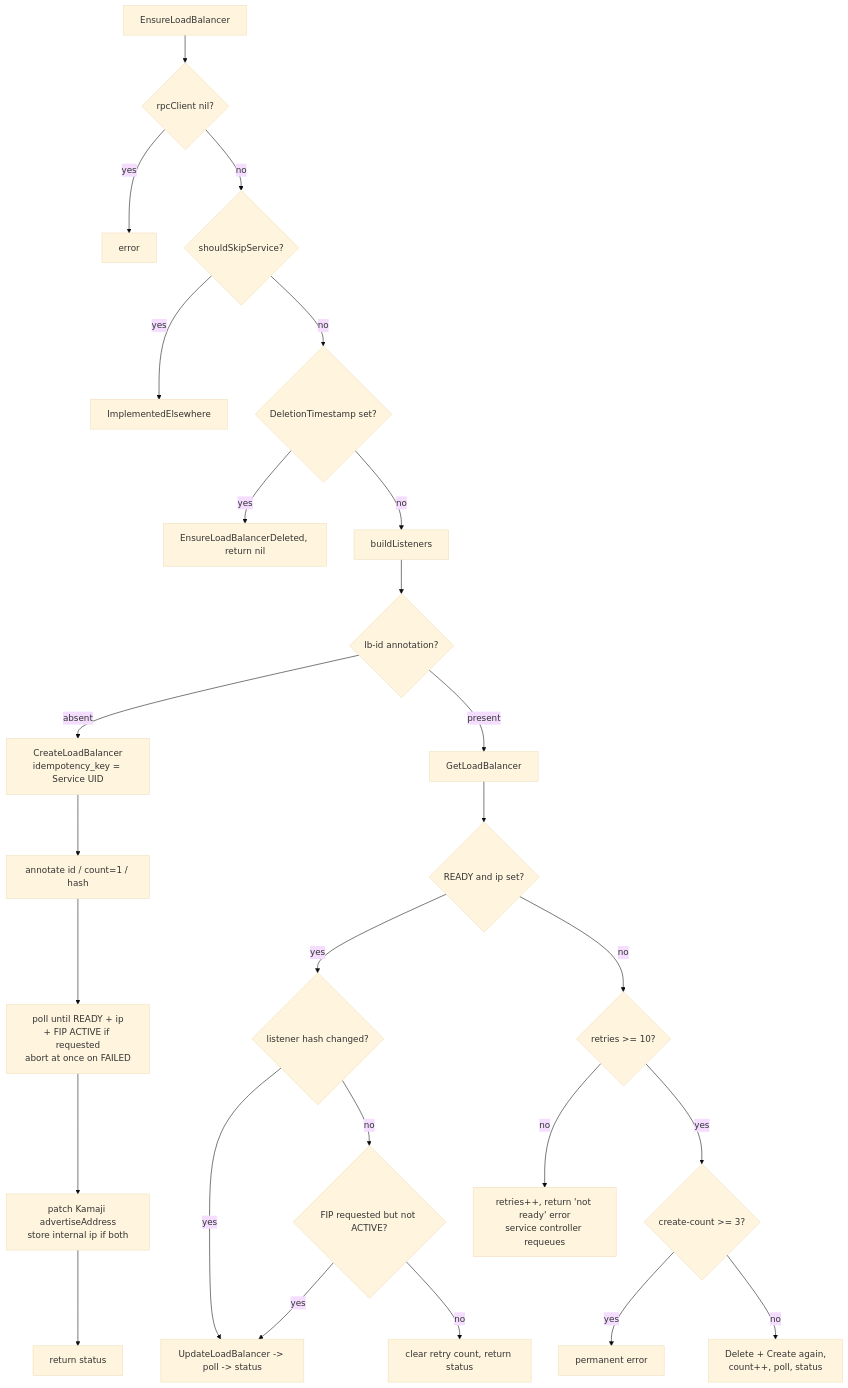
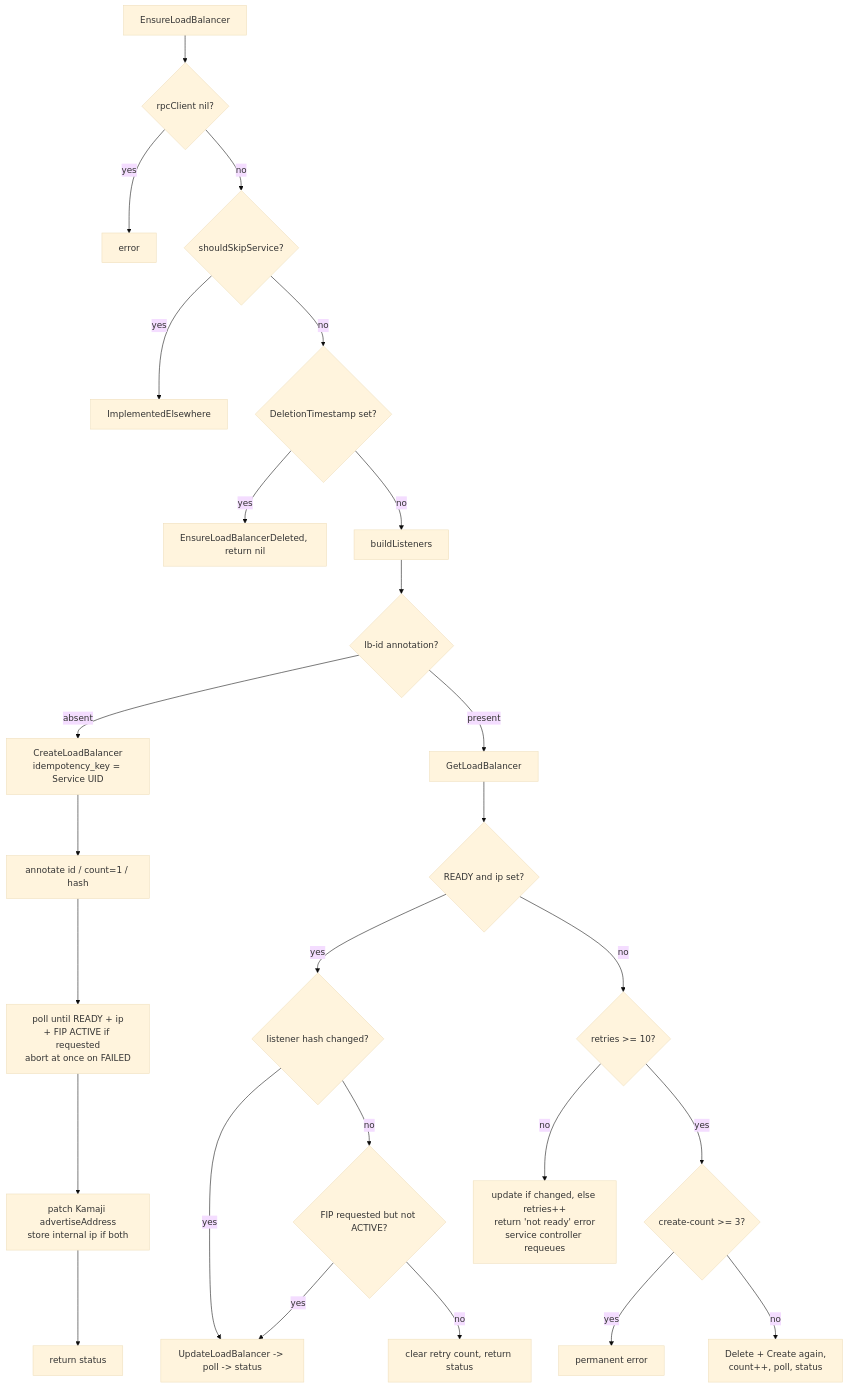
Before and after one commit to kube-virt/cloud-provider-kubevirt: the second of 2 diagrams in docs/architecture.md, drawn with Mermaid (base theme). The commit also changed other lines of this file and 11 other files, not shown here.

````diff
--- a/docs/architecture.md
+++ b/docs/architecture.md
@@ -204,28 +206,28 @@
 ```mermaid
 flowchart TD
   A[EnsureLoadBalancer] --> B{rpcClient nil?}
   B -->|yes| Berr[error]
   B -->|no| C{shouldSkipService?}
   C -->|yes| Cskip[ImplementedElsewhere]
   C -->|no| D{DeletionTimestamp set?}
   D -->|yes| Ddel[EnsureLoadBalancerDeleted, return nil]
   D -->|no| E[buildListeners]
   E --> F{lb-id annotation?}
   F -->|absent| G[CreateLoadBalancer<br/>idempotency_key = Service UID]
   G --> H[annotate id / count=1 / hash]
   H --> I[poll until READY + ip<br/>+ FIP ACTIVE if requested<br/>abort at once on FAILED]
   I --> J[patch Kamaji advertiseAddress<br/>store internal ip if both]
   J --> K[return status]
   F -->|present| L[GetLoadBalancer]
   L --> M{READY and ip set?}
   M -->|yes| N{listener hash changed?}
   N -->|yes| O[UpdateLoadBalancer -> poll -> status]
   N -->|no| P{FIP requested but not ACTIVE?}
   P -->|yes| O
   P -->|no| Q[clear retry count, return status]
   M -->|no| R{retries >= 10?}
-  R -->|no| S[retries++, return 'not ready' error<br/>service controller requeues]
+  R -->|no| S[update if changed, else retries++<br/>return 'not ready' error<br/>service controller requeues]
   R -->|yes| T{create-count >= 3?}
   T -->|yes| Terr[permanent error]
   T -->|no| U[Delete + Create again,<br/>count++, poll, status]
 ```
````
